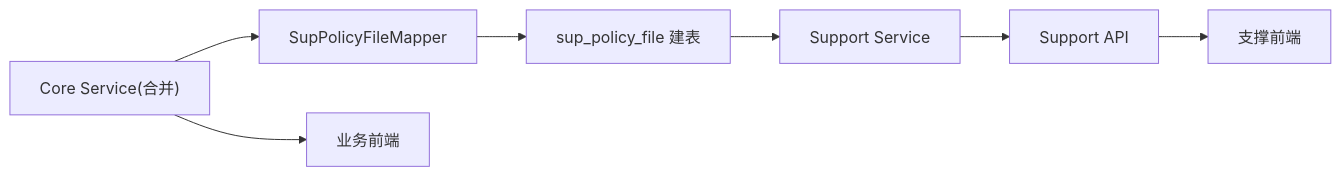
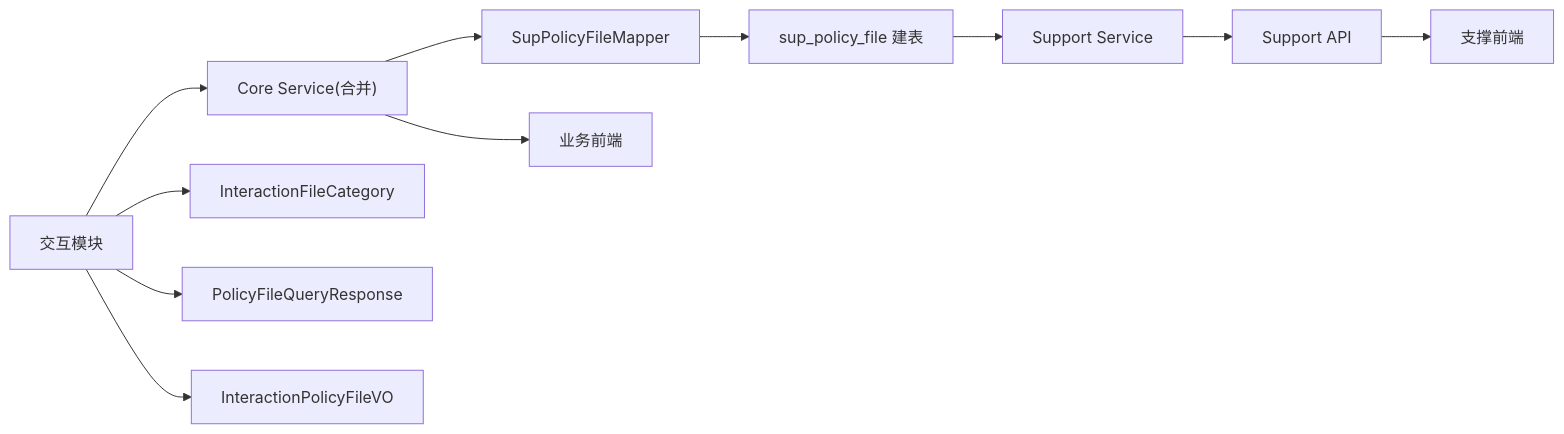
Before and after one commit to DrunkFood/First: the fifth of 5 diagrams in .qoder/repowiki/zh/content/数据库设计/系统配置数据模型/业务配置数据/政策文件管理数据模型.md, drawn with Mermaid. The commit also changed other lines of this file and 103 other files, not shown here.

````diff
--- a/.qoder/repowiki/zh/content/数据库设计/系统配置数据模型/业务配置数据/政策文件管理数据模型.md
+++ b/.qoder/repowiki/zh/content/数据库设计/系统配置数据模型/业务配置数据/政策文件管理数据模型.md
@@ -307,9 +359,13 @@
 ```mermaid
 graph LR
 SUP_SQL["sup_policy_file 建表"] --> SUP_SVC["Support Service"]
 SUP_SVC --> SUP_API["Support API"]
 SUP_API --> FE_SUP["支撑前端"]
 CORE_SVC["Core Service(合并)"] --> CORE_MAP["SupPolicyFileMapper"]
 CORE_MAP --> SUP_SQL
 CORE_SVC --> FE_CORE["业务前端"]
+INTERACTION["交互模块"] --> INTERACTION_ENUM["InteractionFileCategory"]
+INTERACTION --> INTERACTION_DTO["PolicyFileQueryResponse"]
+INTERACTION --> INTERACTION_VO["InteractionPolicyFileVO"]
+INTERACTION --> CORE_SVC
 ```
````
